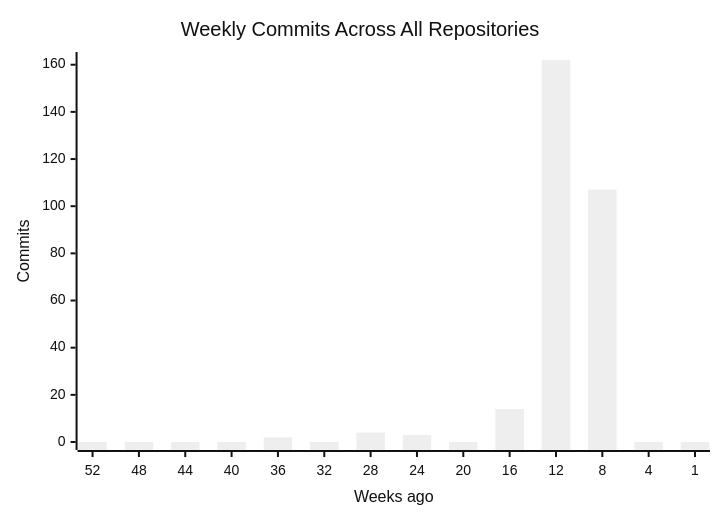
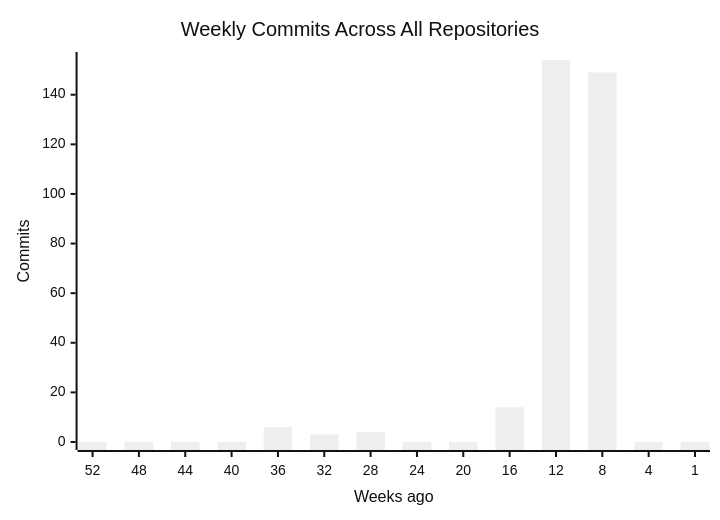
Before and after one commit to CSTH-Projects/.github: the first of 4 diagrams in profile/README.md, drawn with Mermaid (neutral theme). The commit also changed other lines of this file, not shown here.

````diff
--- a/profile/README.md
+++ b/profile/README.md
@@ -16,7 +16,7 @@
 ```mermaid
 xychart-beta
     title "Weekly Commits Across All Repositories"
     x-axis "Weeks ago" [52, 48, 44, 40, 36, 32, 28, 24, 20, 16, 12, 8, 4, 1]
     y-axis "Commits"
-    bar [0, 0, 0, 0, 2, 0, 4, 3, 0, 14, 162, 107, 0, 0]
+    bar [0, 0, 0, 0, 6, 3, 4, 0, 0, 14, 154, 149, 0, 0]
 ```
````
